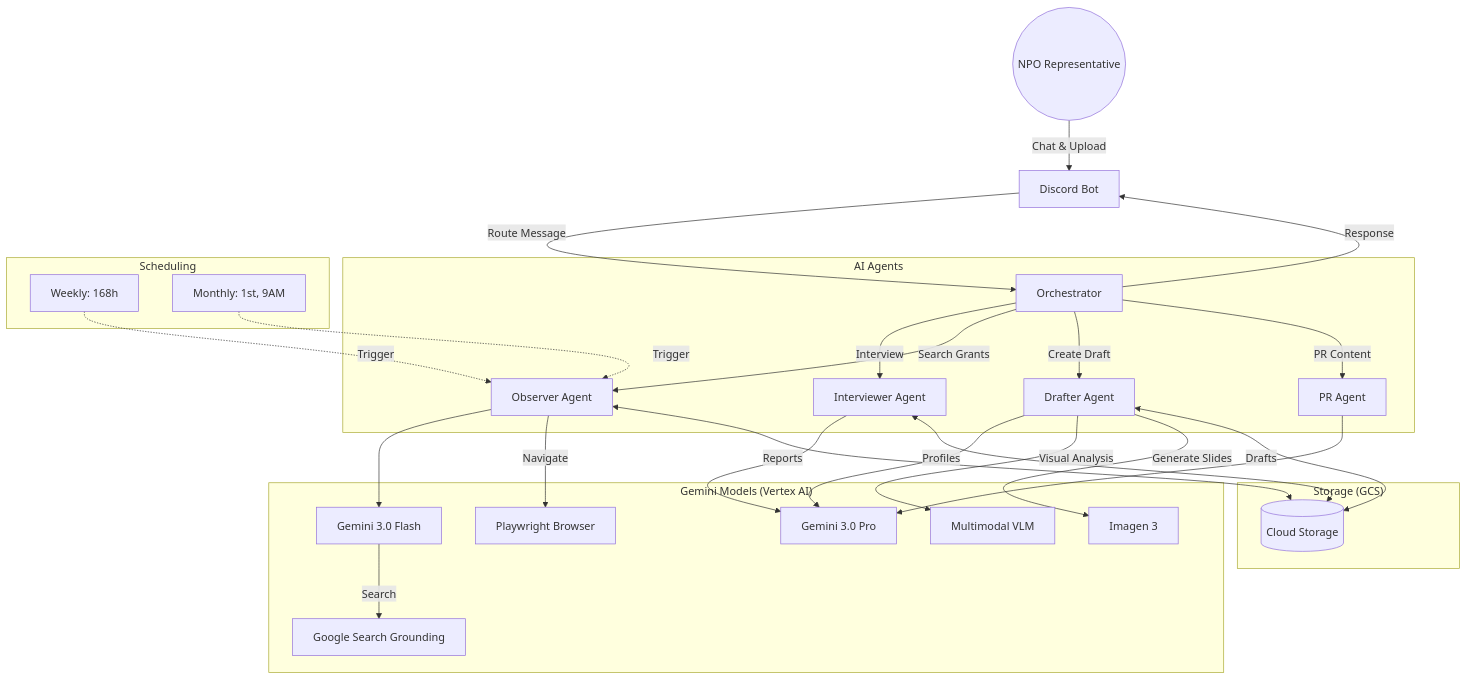
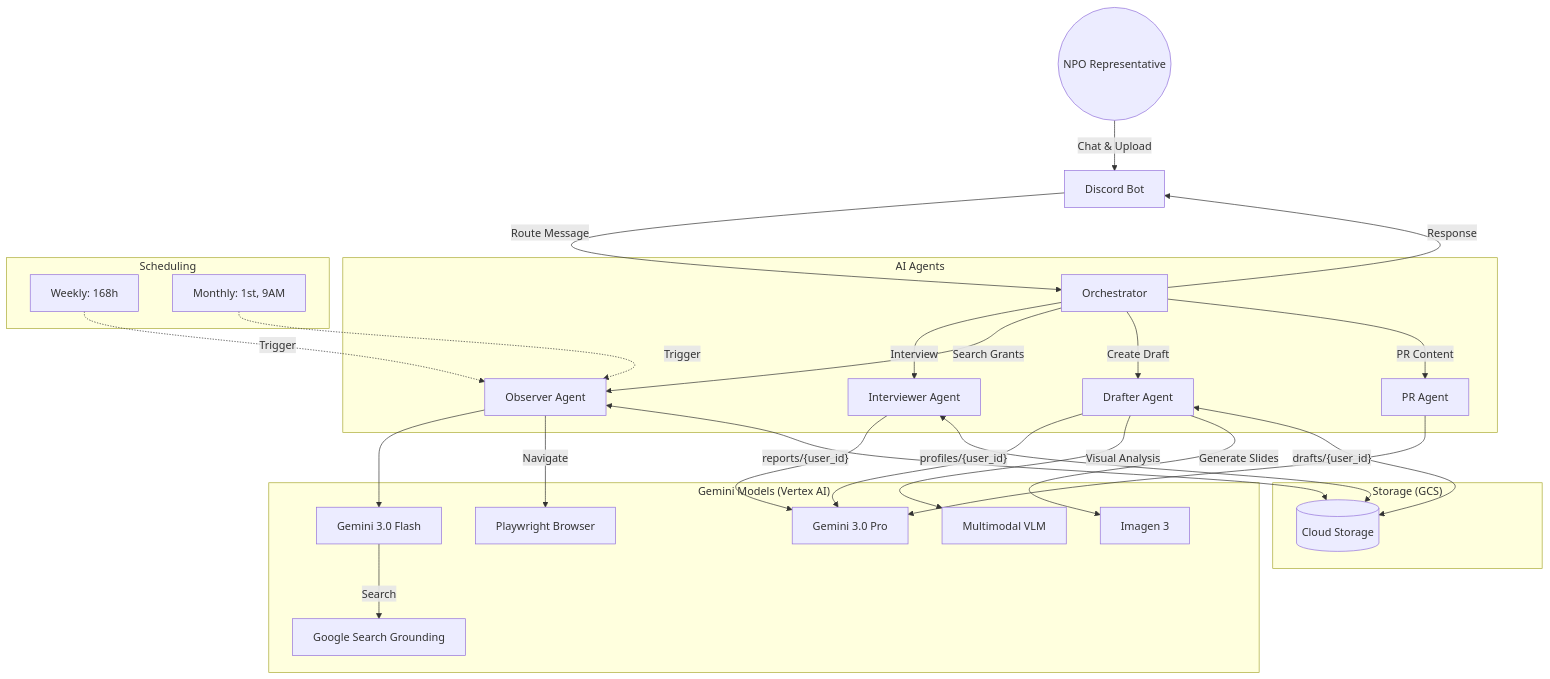
Before and after one commit to t1gurt/shadow-director: the diagram in readme.md, drawn with Mermaid. The commit also changed other lines of this file and 2 other files, not shown here.

Commit message:
docs: fix mermaid syntax in readme and bump version to 1.9.2

````diff
--- a/readme.md
+++ b/readme.md
@@ -92,39 +92,39 @@
 ```mermaid
 graph TD
     User((NPO Representative)) -->|Chat & Upload| Discord[Discord Bot]
     
     Discord -->|Route Message| Orchestrator[Orchestrator]
     
     subgraph "AI Agents"
         Orchestrator -->|Interview| Interviewer[Interviewer Agent]
         Orchestrator -->|Search Grants| Observer[Observer Agent]
         Orchestrator -->|Create Draft| Drafter[Drafter Agent]
         Orchestrator -->|PR Content| PRAgent[PR Agent]
     end
     
     subgraph "Gemini Models (Vertex AI)"
         Interviewer --> GeminiPro[Gemini 3.0 Pro]
         Observer --> GeminiFlash[Gemini 3.0 Flash]
         Drafter --> GeminiPro
         PRAgent --> GeminiPro
         
         GeminiFlash -->|Search| GoogleSearch[Google Search Grounding]
         Observer -->|Navigate| Playwright[Playwright Browser]
         Drafter -->|Visual Analysis| VLM[Multimodal VLM]
         Drafter -->|Generate Slides| Imagen3[Imagen 3]
     end
     
     subgraph "Storage (GCS)"
         GCS[(Cloud Storage)]
-        Interviewer <-->|Profiles| GCS
-        Observer <-->|Reports| GCS
-        Drafter <-->|Drafts| GCS
+        Interviewer <-->|"profiles/{user_id}"| GCS
+        Observer <-->|"reports/{user_id}"| GCS
+        Drafter <-->|"drafts/{user_id}"| GCS
     end
     
     Orchestrator -->|Response| Discord
     
     subgraph "Scheduling"
         WeeklyTask[Weekly: 168h] -.->|Trigger| Observer
         MonthlyTask[Monthly: 1st, 9AM] -.->|Trigger| Observer
     end
 ```
````
